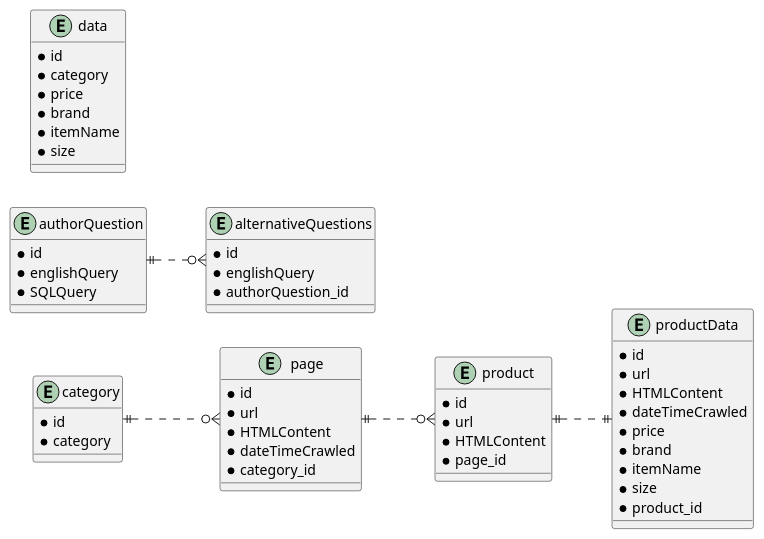
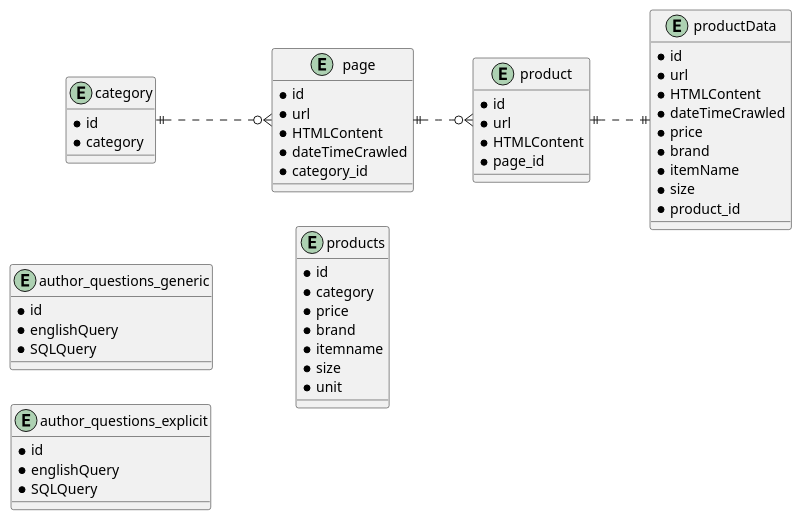
The diagram in Rmarkdown Report/figures/plantuml/dataset-ERD.puml (zayd62/final-year-project), drawn with PlantUML before and after one commit. The commit also changed 10 other files, not shown here.

```diff
--- a/Rmarkdown Report/figures/plantuml/dataset-ERD.puml
+++ b/Rmarkdown Report/figures/plantuml/dataset-ERD.puml
@@ -1,65 +1,65 @@
 @startuml
 
 left to right direction
 skinparam shadowing false
 
 entity category {
     *id
     *category
 } 
 
 entity page {
     *id
     *url
     *HTMLContent
     *dateTimeCrawled
     *category_id
 }
 
 entity product {
     *id
     *url
     *HTMLContent
     *page_id
 }
 
 entity productData {
     *id
     *url
     *HTMLContent
     *dateTimeCrawled
     *price
     *brand
     *itemName
     *size
     *product_id
 }
 
 
-entity authorQuestion {
+entity author_questions_generic {
     *id
     *englishQuery
     *SQLQuery
 }
 
-entity alternativeQuestions {
+entity author_questions_explicit {
     *id
     *englishQuery
-    *authorQuestion_id
+    *SQLQuery
 }
 
-authorQuestion ||..o{ alternativeQuestions
 
 category ||..o{ page
 page ||..o{ product
 product ||..||productData
 
-entity data {
+entity products {
     *id
     *category
     *price
     *brand
-    *itemName
+    *itemname
     *size
+    *unit
 }
 @enduml
```
